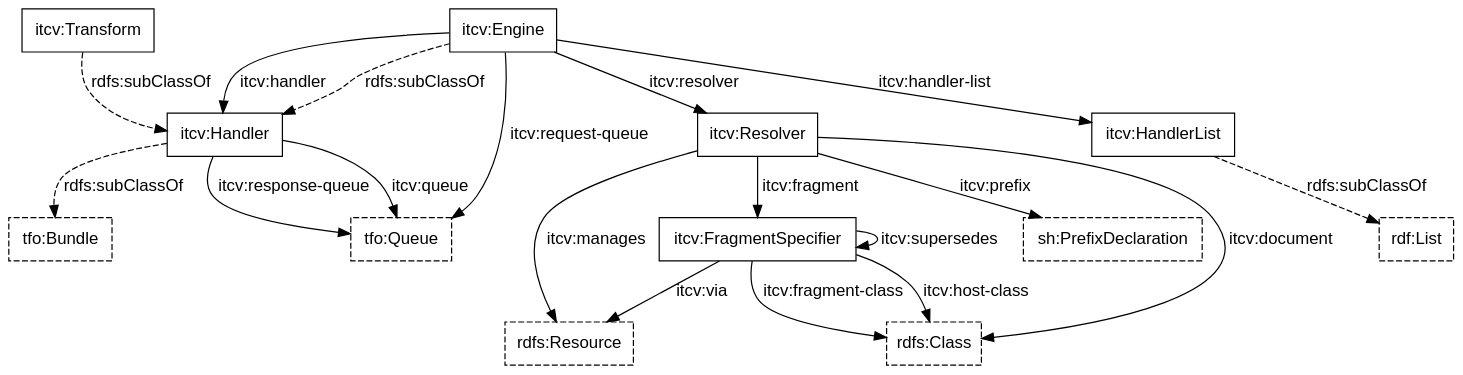
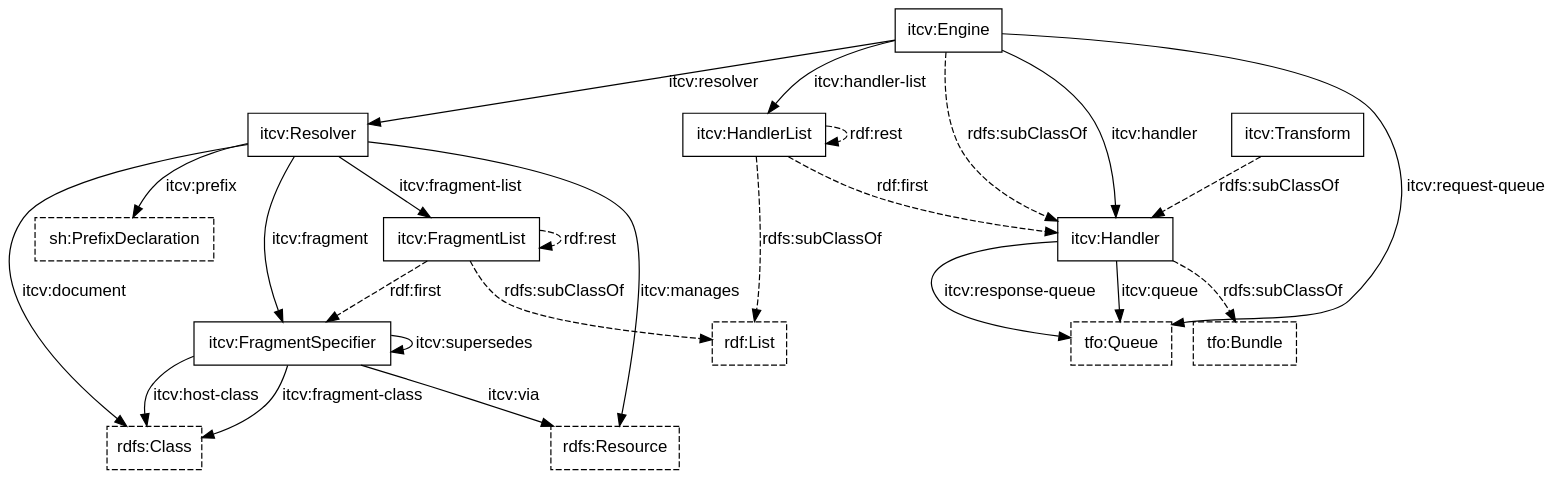
One commit to doriantaylor/owl-intertwingler-vocab changed the diagram in intertwingler-classes.dot. Above: the diagram before and after it, drawn with Graphviz. The commit also changed 3 other files, not shown here.

Commit message:
adding fragment-list and FragmentList

```diff
--- a/intertwingler-classes.dot
+++ b/intertwingler-classes.dot
@@ -1,54 +1,70 @@
 digraph {
     graph [bgcolor=transparent];
     node [shape=box,color="#000000",fontcolor="#000000",fontname="Lucida Grande, Lucida Sans Unicode, sans-serif"];
     edge [color="#000000",fontcolor="#000000",fontname="Lucida Grande, Lucida Sans Unicode, sans-serif"];
 
 
     // third-party stuff
 
     subgraph {
         node [style=dashed];
         rdfs_Resource [label="rdfs:Resource", target="_parent", href="https://www.w3.org/TR/rdf-schema/#ch_resource"];
         rdfs_Class [label="rdfs:Class", target="_parent", href="https://www.w3.org/TR/rdf-schema/#ch_class"];
         rdf_List [label="rdf:List", target="_parent", href="https://www.w3.org/TR/rdf-schema/#ch_list"];
         sh_PrefixDeclaration [label="sh:PrefixDeclaration", target="_parent", href="https://www.w3.org/TR/shacl/#sparql-prefixes"];
         tfo_Bundle [label="tfo:Bundle", target="_parent", href="https://vocab.methodandstructure.com/transformation#Bundle"];
         tfo_Queue [label="tfo:Queue", target="_parent", href="https://vocab.methodandstructure.com/transformation#Queue"];
     }
 
     // our classes
 
     itcv_Handler [label="itcv:Handler", target="_parent", href="https://vocab.methodandstructure.com/intertwingler#Handler"];
     itcv_Resolver [label="itcv:Resolver", target="_parent", href="https://vocab.methodandstructure.com/intertwingler#Resolver"];
+    itcv_FragmentList [label="itcv:FragmentList", target="_parent", href="https://vocab.methodandstructure.com/intertwingler#FragmentList"];
     itcv_FragmentSpecifier [label="itcv:FragmentSpecifier", target="_parent", href="https://vocab.methodandstructure.com/intertwingler#FragmentSpecifier"];
     itcv_Engine [label="itcv:Engine", target="_parent", href="https://vocab.methodandstructure.com/intertwingler#Engine"];
     itcv_Transform [label="itcv:Transform", target="_parent", href="https://vocab.methodandstructure.com/intertwingler#Transform"];
     itcv_HandlerList [label="itcv:HandlerList", target="_parent", href="https://vocab.methodandstructure.com/intertwingler#HandlerList"];
 
     // subclass relations
 
     subgraph {
         edge [style=dashed, label="rdfs:subClassOf"];
 
-        itcv_Engine      -> itcv_Handler -> tfo_Bundle;
-        itcv_Transform   -> itcv_Handler;
-        itcv_HandlerList -> rdf_List;
+        itcv_Engine       -> itcv_Handler -> tfo_Bundle;
+        itcv_Transform    -> itcv_Handler;
+        itcv_HandlerList  -> rdf_List;
+        itcv_FragmentList -> rdf_List;
+    }
+
+    // other third-party relations
+
+    subgraph {
+        edge [style=dashed, label="rdf:first"];
+        itcv_HandlerList -> itcv_Handler;
+        itcv_FragmentList -> itcv_FragmentSpecifier;
+    }
+    subgraph {
+        edge [style=dashed, label="rdf:rest"];
+        itcv_HandlerList -> itcv_HandlerList;
+        itcv_FragmentList -> itcv_FragmentList;
     }
 
     // main relations
 
     itcv_Resolver          -> rdfs_Resource [label="itcv:manages"];
     itcv_Resolver          -> sh_PrefixDeclaration [label="itcv:prefix"];
     itcv_Resolver          -> rdfs_Class [label="itcv:document"];
     itcv_Resolver          -> itcv_FragmentSpecifier [label="itcv:fragment"];
+    itcv_Resolver          -> itcv_FragmentList [label="itcv:fragment-list"];
     itcv_FragmentSpecifier -> rdfs_Class [label="itcv:fragment-class"];
     itcv_FragmentSpecifier -> rdfs_Class [label="itcv:host-class"];
     itcv_FragmentSpecifier -> rdfs_Resource [label="itcv:via"];
     itcv_FragmentSpecifier -> itcv_FragmentSpecifier [label="itcv:supersedes"];
     itcv_Engine            -> itcv_Resolver [label="itcv:resolver"];
     itcv_Engine            -> itcv_Handler [label="itcv:handler"];
     itcv_Engine            -> itcv_HandlerList [label="itcv:handler-list"];
     itcv_Engine            -> tfo_Queue [label="itcv:request-queue"];
     itcv_Handler           -> tfo_Queue [label="itcv:response-queue"];
     itcv_Handler           -> tfo_Queue [label="itcv:queue"];
 }
```
